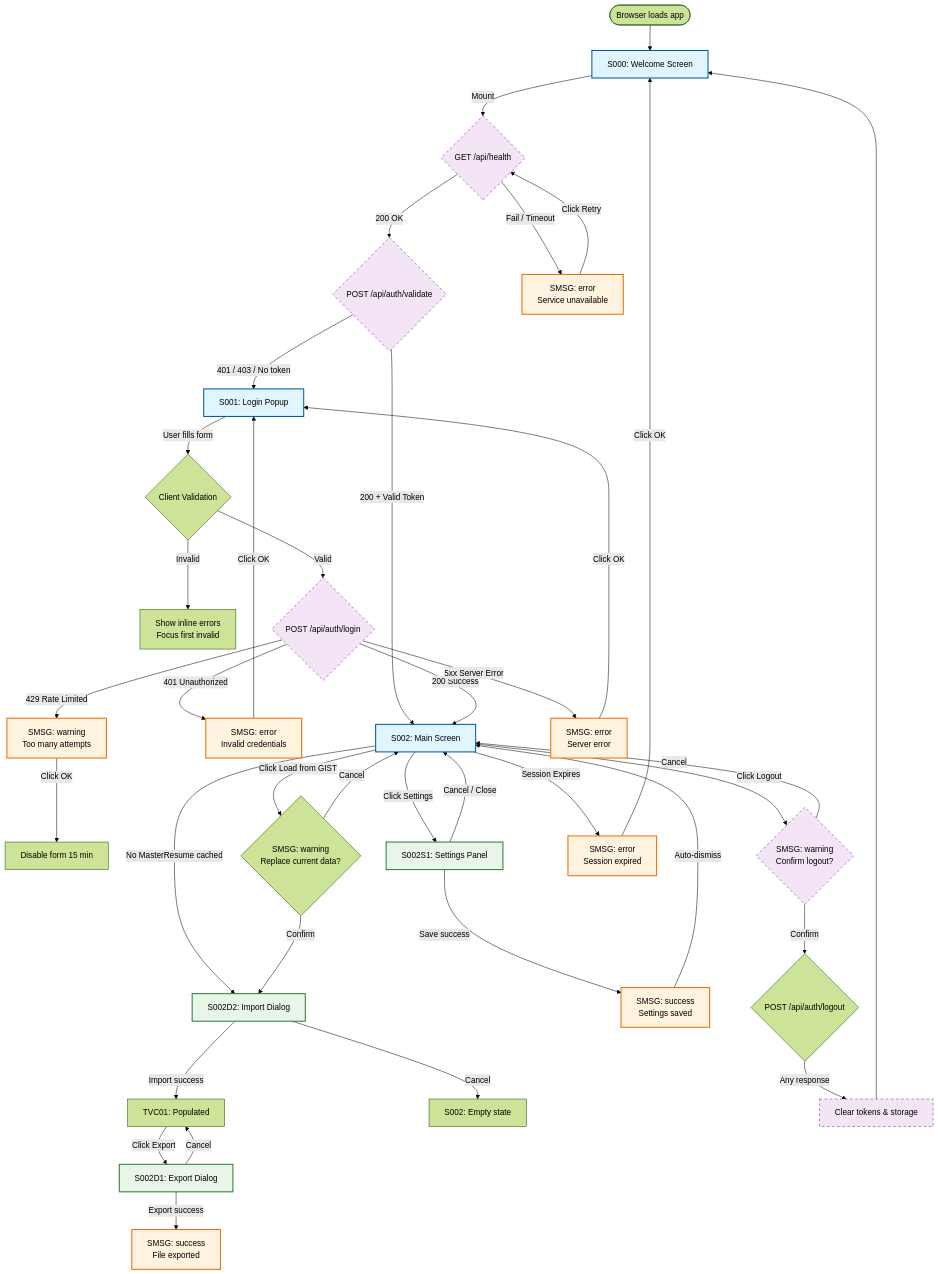
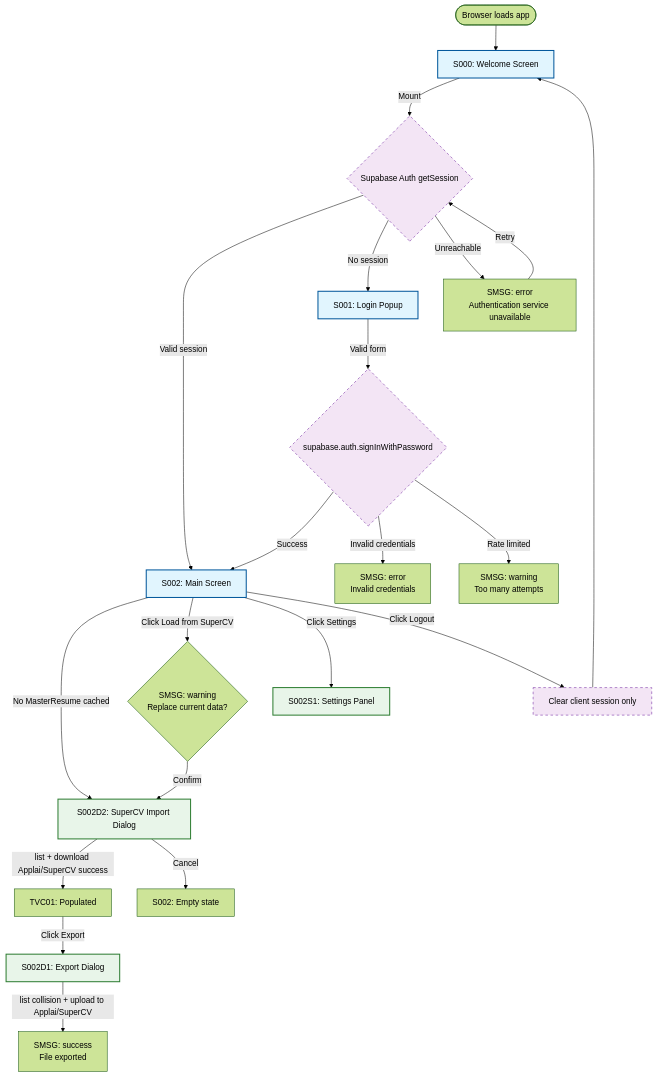
One commit to realB12/ApplAi_Generator changed the diagram in VSC/client/AI/KIMI/CONFIG/SPEC.md. Above: the diagram before and after it, drawn with Mermaid (forest theme). The commit also changed other lines of this file and 6 other files, not shown here.

First line of the commit message:
docs(config): migrate AI context docs from GIST to Supabase Auth + Storage

````diff
--- a/VSC/client/AI/KIMI/CONFIG/SPEC.md
+++ b/VSC/client/AI/KIMI/CONFIG/SPEC.md
@@ -650,62 +626,30 @@
 ```mermaid
 flowchart TD
     Start([Browser loads app]) --> S000
-
-    S000[S000: Welcome Screen] -->|Mount| Health{GET /api/health}
-    Health -->|200 OK| CheckAuth{POST /api/auth/validate}
-    Health -->|Fail / Timeout| SMSG_Error1[SMSG: error<br/>Service unavailable]
-    SMSG_Error1 -->|Click Retry| Health
-
-    CheckAuth -->|200 + Valid Token| S002[S002: Main Screen]
-    CheckAuth -->|401 / 403 / No token| S001[S001: Login Popup]
-
-    S001 -->|User fills form| Validate{Client Validation}
-    Validate -->|Invalid| InlineError[Show inline errors<br/>Focus first invalid]
-    Validate -->|Valid| LoginAPI{POST /api/auth/login}
-
-    LoginAPI -->|200 Success| S002
-    LoginAPI -->|401 Unauthorized| SMSG_Error2[SMSG: error<br/>Invalid credentials]
-    SMSG_Error2 -->|Click OK| S001
-    LoginAPI -->|429 Rate Limited| SMSG_Warn1[SMSG: warning<br/>Too many attempts]
-    SMSG_Warn1 -->|Click OK| Lockout[Disable form 15 min]
-    LoginAPI -->|5xx Server Error| SMSG_Error3[SMSG: error<br/>Server error]
-    SMSG_Error3 -->|Click OK| S001
-
-    S002 -->|No MasterResume cached| S002D2[S002D2: Import Dialog]
-    S002D2 -->|Import success| TVC01_Populated[TVC01: Populated]
+    S000[S000: Welcome Screen] -->|Mount| Session{Supabase Auth getSession}
+    Session -->|Valid session| S002[S002: Main Screen]
+    Session -->|No session| S001[S001: Login Popup]
+    Session -->|Unreachable| SMSG_Error1[SMSG: error<br/>Authentication service unavailable]
+    SMSG_Error1 -->|Retry| Session
+    S001 -->|Valid form| LoginAPI{supabase.auth.signInWithPassword}
+    LoginAPI -->|Success| S002
+    LoginAPI -->|Invalid credentials| SMSG_Error2[SMSG: error<br/>Invalid credentials]
+    LoginAPI -->|Rate limited| SMSG_Warn1[SMSG: warning<br/>Too many attempts]
+    S002 -->|No MasterResume cached| S002D2[S002D2: SuperCV Import Dialog]
+    S002 -->|Click Load from SuperCV| ConfirmReplace{SMSG: warning<br/>Replace current data?}
+    ConfirmReplace -->|Confirm| S002D2
+    S002D2 -->|list + download Applai/SuperCV success| TVC01[TVC01: Populated]
     S002D2 -->|Cancel| S002_Empty[S002: Empty state]
-
-    S002 -->|Click Load from GIST| ConfirmReplace{SMSG: warning<br/>Replace current data?}
-    ConfirmReplace -->|Confirm| S002D2
-    ConfirmReplace -->|Cancel| S002
-
-    TVC01_Populated -->|Click Export| S002D1[S002D1: Export Dialog]
-    S002D1 -->|Export success| SMSG_Success1[SMSG: success<br/>File exported]
-    S002D1 -->|Cancel| TVC01_Populated
-
+    TVC01 -->|Click Export| S002D1[S002D1: Export Dialog]
+    S002D1 -->|list collision + upload to Applai/SuperCV| SMSG_Success1[SMSG: success<br/>File exported]
     S002 -->|Click Settings| S002S1[S002S1: Settings Panel]
-    S002S1 -->|Save success| SMSG_Success2[SMSG: success<br/>Settings saved]
-    S002S1 -->|Cancel / Close| S002
-    SMSG_Success2 -->|Auto-dismiss| S002
-
-    S002 -->|Click Logout| ConfirmLogout{SMSG: warning<br/>Confirm logout?}
-    ConfirmLogout -->|Confirm| LogoutAPI{POST /api/auth/logout}
-    ConfirmLogout -->|Cancel| S002
-    LogoutAPI -->|Any response| S000_Clear[Clear tokens & storage]
-    S000_Clear --> S000
-
-    S002 -->|Session Expires| SMSG_Error4[SMSG: error<br/>Session expired]
-    SMSG_Error4 -->|Click OK| S000
-
-    %% Styling
+    S002 -->|Click Logout| LogoutLocal[Clear client session only]
+    LogoutLocal --> S000
     classDef screen fill:#e1f5fe,stroke:#01579b,stroke-width:2px
     classDef msg fill:#fff3e0,stroke:#ef6c00,stroke-width:2px
     classDef api fill:#f3e5f5,stroke:#6a1b9a,stroke-width:1px,stroke-dasharray: 5 5
     classDef dialog fill:#e8f5e9,stroke:#2e7d32,stroke-width:2px
-
     class S000,S001,S002 screen
-    class SMSG_Error1,SMSG_Error2,SMSG_Error3,SMSG_Error4,SMSG_Warn1,SMSG_Success1,SMSG_Success2 msg
-    class Health,CheckAuth,LoginAPI api
+    class Session,LoginAPI,LogoutLocal api
     class S002D1,S002D2,S002S1 dialog
-    class ConfirmExit,ConfirmLogout,ConfirmCancel,AppClose,S000_Clear,AbortTX,ResetNodes api
 ```
````
